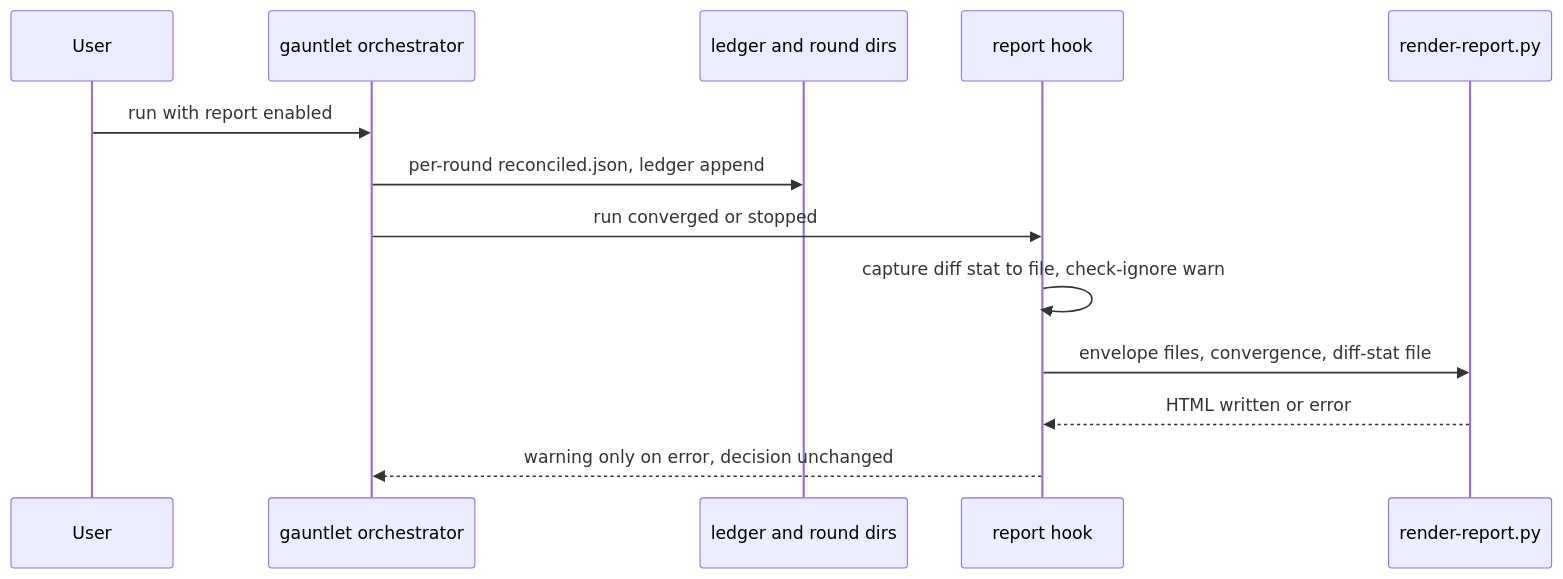
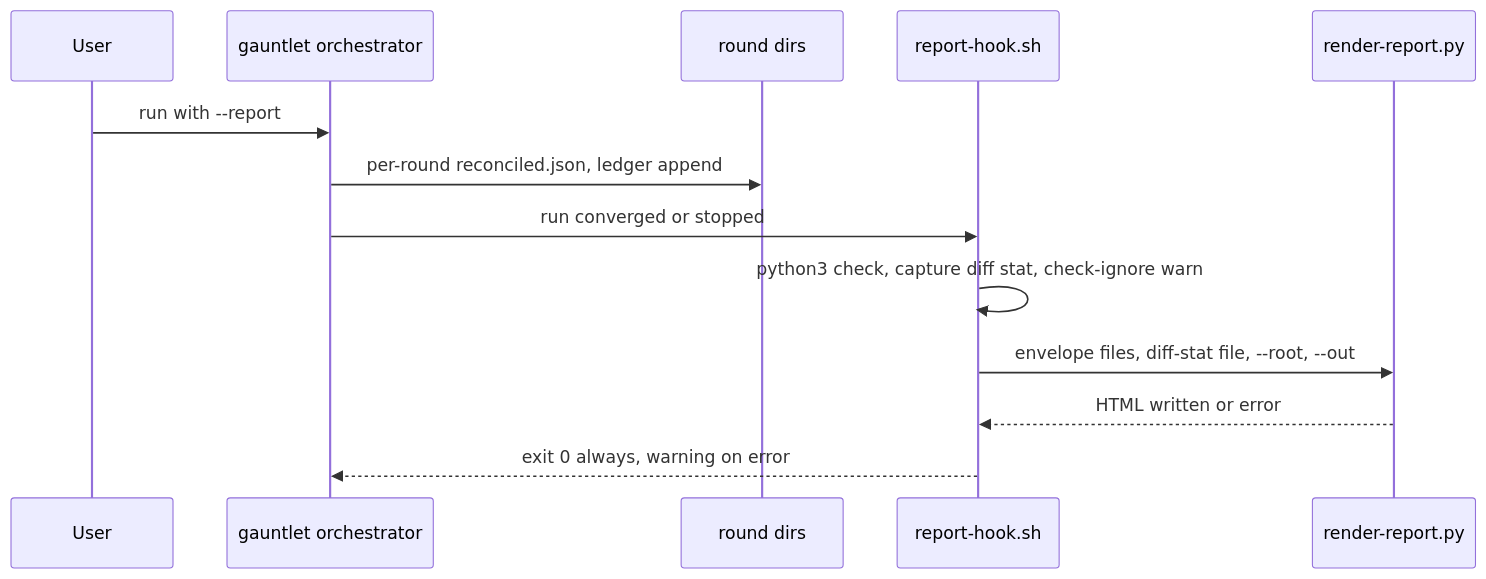
One commit to vr000m/skein changed the second of 3 diagrams in docs/dev_plans/20261008-feature-review-output-formats.md. Above: the diagram before and after it, drawn with Mermaid. The commit also changed other lines of this file, not shown here.

Commit message:
docs: fold review round 2 findings into review-output-formats plan

````diff
--- a/docs/dev_plans/20261008-feature-review-output-formats.md
+++ b/docs/dev_plans/20261008-feature-review-output-formats.md
@@ -149,15 +166,15 @@
 ```mermaid
 sequenceDiagram
     participant U as User
     participant G as gauntlet orchestrator
-    participant L as ledger and round dirs
-    participant H as report hook
+    participant RD as round dirs
+    participant H as report-hook.sh
     participant R as render-report.py
-    U->>G: run with report enabled
-    G->>L: per-round reconciled.json, ledger append
+    U->>G: run with --report
+    G->>RD: per-round reconciled.json, ledger append
     G->>H: run converged or stopped
-    H->>H: capture diff stat to file, check-ignore warn
-    H->>R: envelope files, convergence, diff-stat file
+    H->>H: python3 check, capture diff stat, check-ignore warn
+    H->>R: envelope files, diff-stat file, --root, --out
     R-->>H: HTML written or error
-    H-->>G: warning only on error, decision unchanged
+    H-->>G: exit 0 always, warning on error
 ```
````
